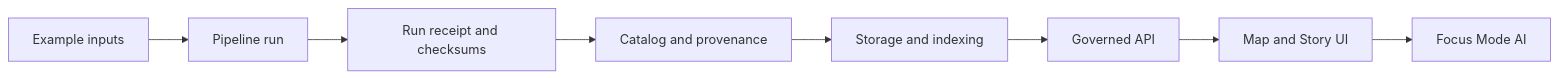
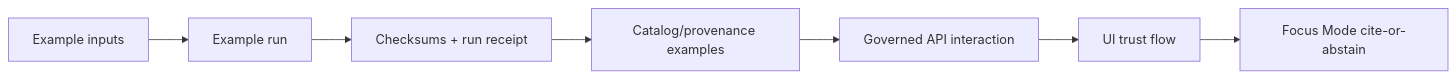
The diagram in examples/README.md (bartytime4life/Kansas-Frontier-Matrix), drawn with Mermaid before and after one commit. The commit also changed other lines of this file, not shown here.

First line of the commit message:
Revise README for examples with governance focus

````diff
--- a/examples/README.md
+++ b/examples/README.md
@@ -59,10 +102,9 @@
 ```mermaid
 flowchart LR
-  A[Example inputs] --> B[Pipeline run]
-  B --> C[Run receipt and checksums]
-  C --> D[Catalog and provenance]
-  D --> E[Storage and indexing]
-  E --> F[Governed API]
-  F --> G[Map and Story UI]
-  G --> H[Focus Mode AI]
+  A[Example inputs] --> B[Example run]
+  B --> C[Checksums + run receipt]
+  C --> D[Catalog/provenance examples]
+  D --> E[Governed API interaction]
+  E --> F[UI trust flow]
+  F --> G[Focus Mode cite-or-abstain]
 ```
````
